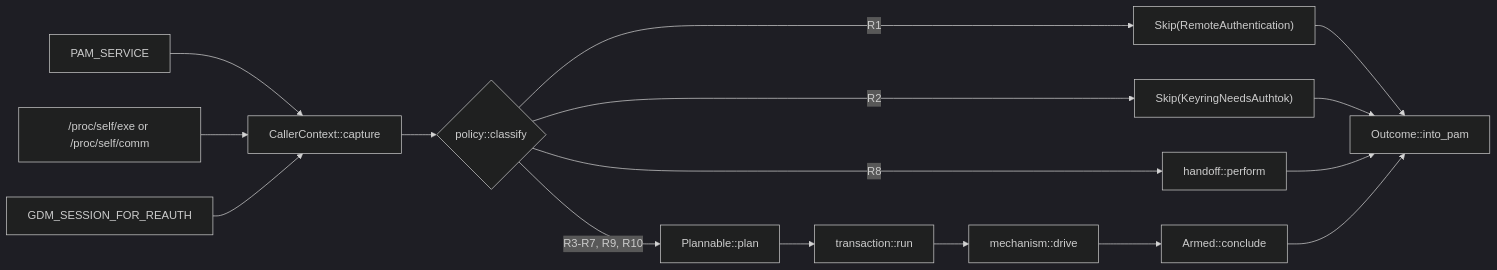
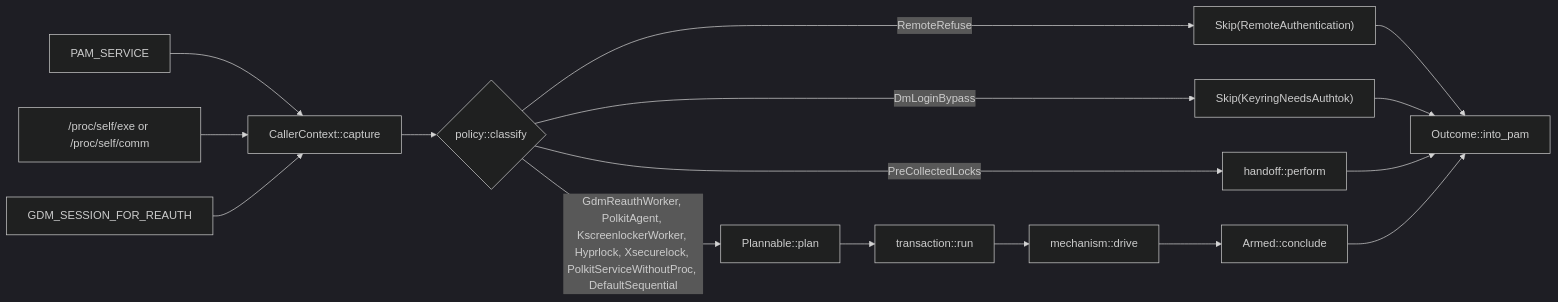
One commit to Lolle2000la/tapauth changed the diagram in docs/design-documents/pam-conversation-policy.md. Above: the diagram before and after it, drawn with Mermaid (dark theme). The commit also changed other lines of this file and 5 other files, not shown here.

````diff
--- a/docs/design-documents/pam-conversation-policy.md
+++ b/docs/design-documents/pam-conversation-policy.md
@@ -288,18 +290,18 @@
 ```mermaid
 flowchart LR
   S["PAM_SERVICE"] --> C["CallerContext::capture"]
   P["/proc/self/exe or /proc/self/comm"] --> C
   E["GDM_SESSION_FOR_REAUTH"] --> C
   C --> K{"policy::classify"}
-  K -->|R1| SR["Skip(RemoteAuthentication)"]
-  K -->|R2| SK["Skip(KeyringNeedsAuthtok)"]
-  K -->|R8| H["handoff::perform"]
-  K -->|"R3-R7, R9, R10"| T["Plannable::plan"]
+  K -->|RemoteRefuse| SR["Skip(RemoteAuthentication)"]
+  K -->|DmLoginBypass| SK["Skip(KeyringNeedsAuthtok)"]
+  K -->|PreCollectedLocks| H["handoff::perform"]
+  K -->|"GdmReauthWorker, PolkitAgent, KscreenlockerWorker, Hyprlock, Xsecurelock, PolkitServiceWithoutProc, DefaultSequential"| T["Plannable::plan"]
   T --> X["transaction::run"]
   X --> M["mechanism::drive"]
   M --> A["Armed::conclude"]
   SR --> O["Outcome::into_pam"]
   SK --> O
   H --> O
   A --> O
 ```
````
